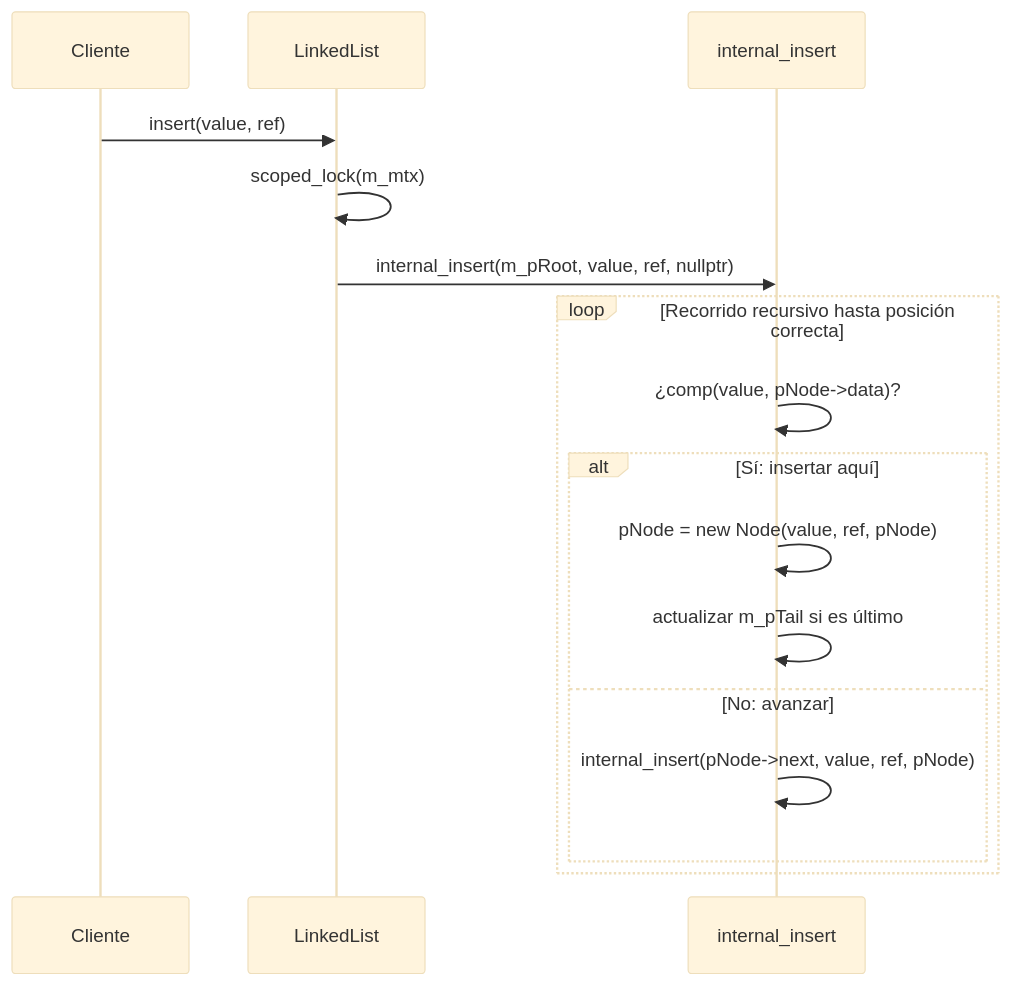
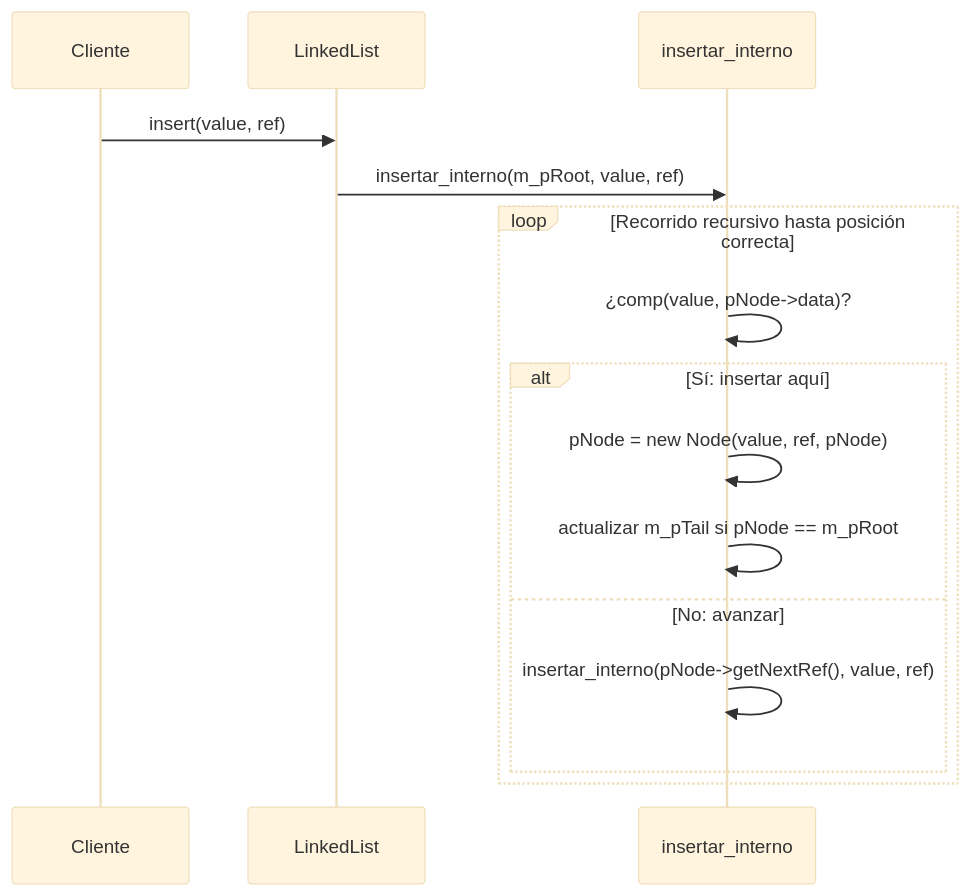
One commit to Camilo-vinatea/2026-I-MCC001-AED changed the sixth of 10 diagrams in docs/architecture.md. Above: the diagram before and after it, drawn with Mermaid (base theme). The commit also changed other lines of this file and 1 other file, not shown here.

````diff
--- a/docs/architecture.md
+++ b/docs/architecture.md
@@ -377,20 +358,19 @@
 ```mermaid
 sequenceDiagram
     participant Cliente
     participant LinkedList
-    participant internal_insert
+    participant insertar_interno
 
     Cliente->>LinkedList: insert(value, ref)
-    LinkedList->>LinkedList: scoped_lock(m_mtx)
-    LinkedList->>internal_insert: internal_insert(m_pRoot, value, ref, nullptr)
+    LinkedList->>insertar_interno: insertar_interno(m_pRoot, value, ref)
 
     loop Recorrido recursivo hasta posición correcta
-        internal_insert->>internal_insert: ¿comp(value, pNode->data)?
+        insertar_interno->>insertar_interno: ¿comp(value, pNode->data)?
         alt Sí: insertar aquí
-            internal_insert->>internal_insert: pNode = new Node(value, ref, pNode)
-            internal_insert->>internal_insert: actualizar m_pTail si es último
+            insertar_interno->>insertar_interno: pNode = new Node(value, ref, pNode)
+            insertar_interno->>insertar_interno: actualizar m_pTail si pNode == m_pRoot
         else No: avanzar
-            internal_insert->>internal_insert: internal_insert(pNode->next, value, ref, pNode)
+            insertar_interno->>insertar_interno: insertar_interno(pNode->getNextRef(), value, ref)
         end
     end
 ```
````
